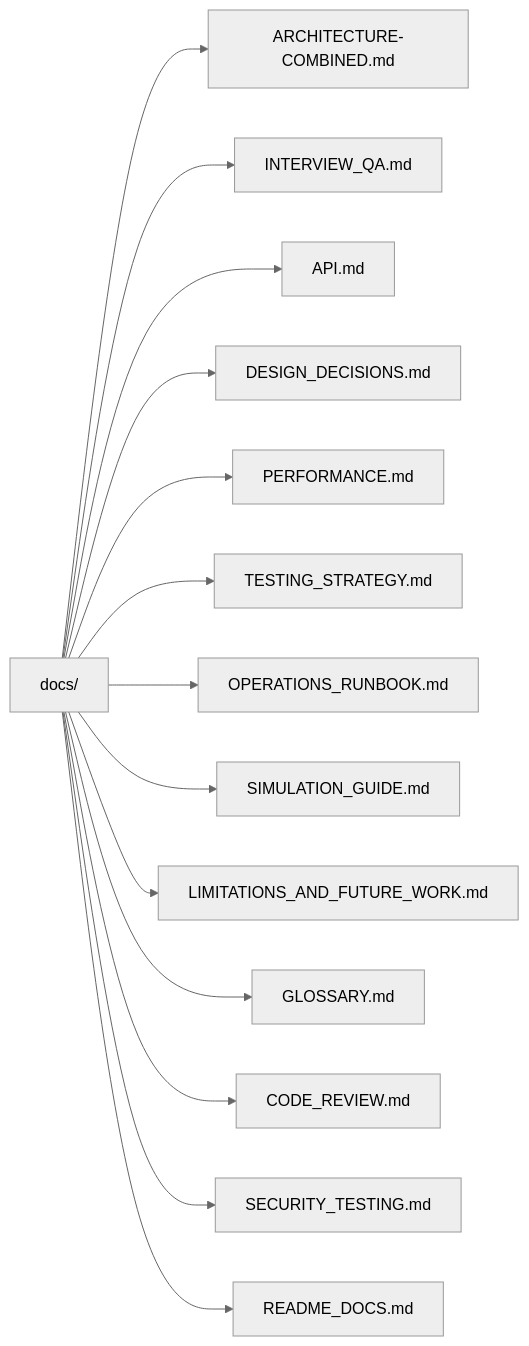
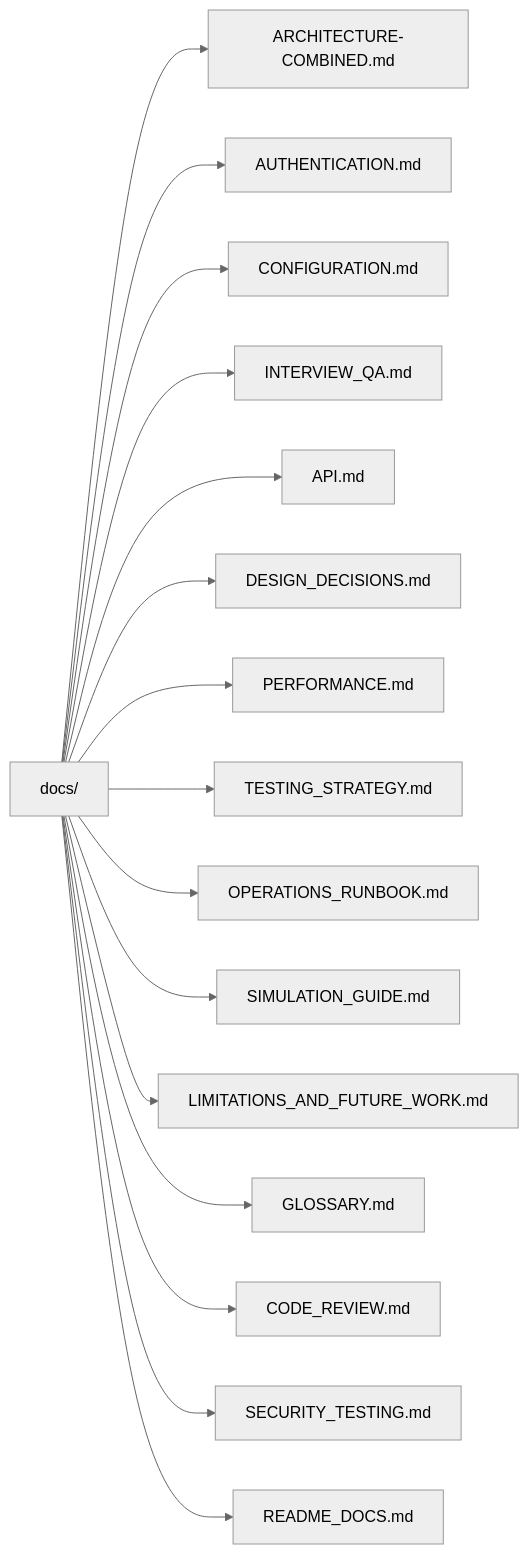
One commit to yasserebrahimi/MarketDataSystem changed diagram 11 of 11 in README.md. Above: the diagram before and after it, drawn with Mermaid (neutral theme). The commit also changed other lines of this file and 75 other files, not shown here.

````diff
--- a/README.md
+++ b/README.md
@@ -550,16 +604,18 @@
 ```mermaid
 flowchart LR
     D["docs/"] --> Arch["ARCHITECTURE-COMBINED.md"]
+    D --> AuthDoc["AUTHENTICATION.md"]
+    D --> ConfigDoc["CONFIGURATION.md"]
     D --> QA["INTERVIEW_QA.md"]
     D --> ApiDoc["API.md"]
     D --> Design["DESIGN_DECISIONS.md"]
     D --> PerfDoc["PERFORMANCE.md"]
     D --> TestDoc["TESTING_STRATEGY.md"]
     D --> Runbook["OPERATIONS_RUNBOOK.md"]
     D --> SimDoc["SIMULATION_GUIDE.md"]
     D --> LimitDoc["LIMITATIONS_AND_FUTURE_WORK.md"]
     D --> Gloss["GLOSSARY.md"]
     D --> CRDoc["CODE_REVIEW.md"]
     D --> SecDoc["SECURITY_TESTING.md"]
     D --> Index["README_DOCS.md"]
 ```
````
